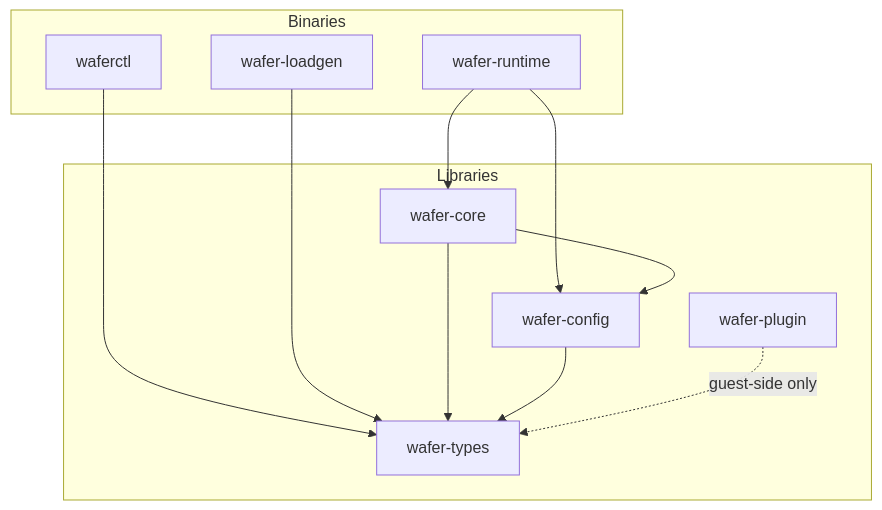
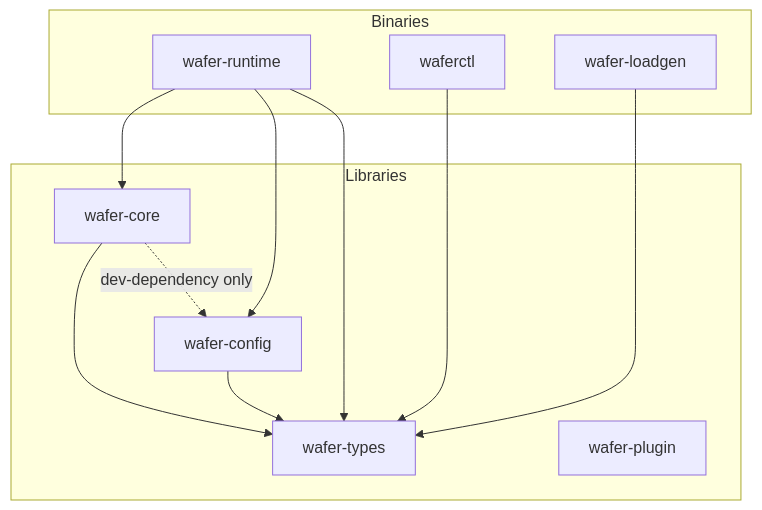
Before and after one commit to PedroKlein/wafer: the second of 3 diagrams in docs/architecture/03-building-blocks.md, drawn with Mermaid. The commit also changed other lines of this file and 83 other files, not shown here.

````diff
--- a/docs/architecture/03-building-blocks.md
+++ b/docs/architecture/03-building-blocks.md
@@ -50,24 +50,24 @@
 ```mermaid
 flowchart TD
     subgraph Binaries
         RT[wafer-runtime]
         CTL[waferctl]
         LG[wafer-loadgen]
     end
 
     subgraph Libraries
         CORE[wafer-core]
         CFG[wafer-config]
         TYPES[wafer-types]
         PLUGIN[wafer-plugin]
     end
 
     RT --> CORE
     RT --> CFG
+    RT --> TYPES
     CTL --> TYPES
     LG --> TYPES
-    CORE --> CFG
     CORE --> TYPES
     CFG --> TYPES
-    PLUGIN -.->|"guest-side only"| TYPES
+    CORE -.->|"dev-dependency only"| CFG
 ```
````
